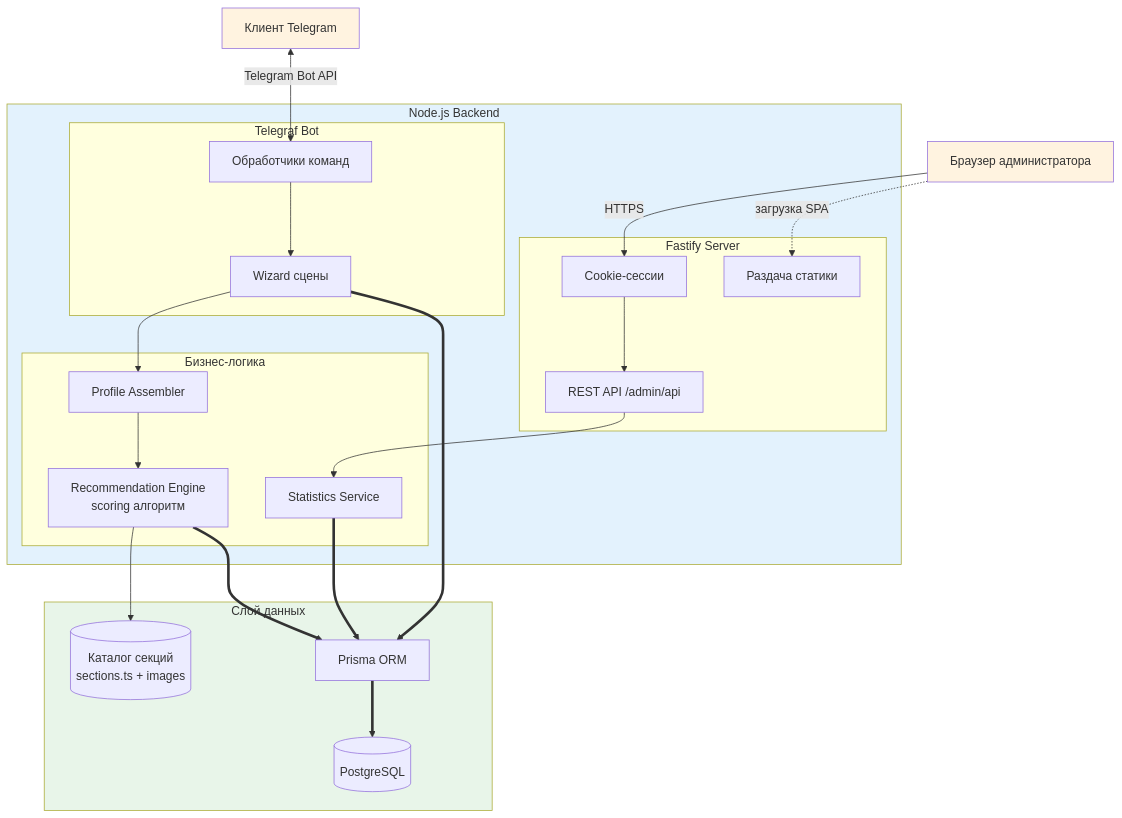
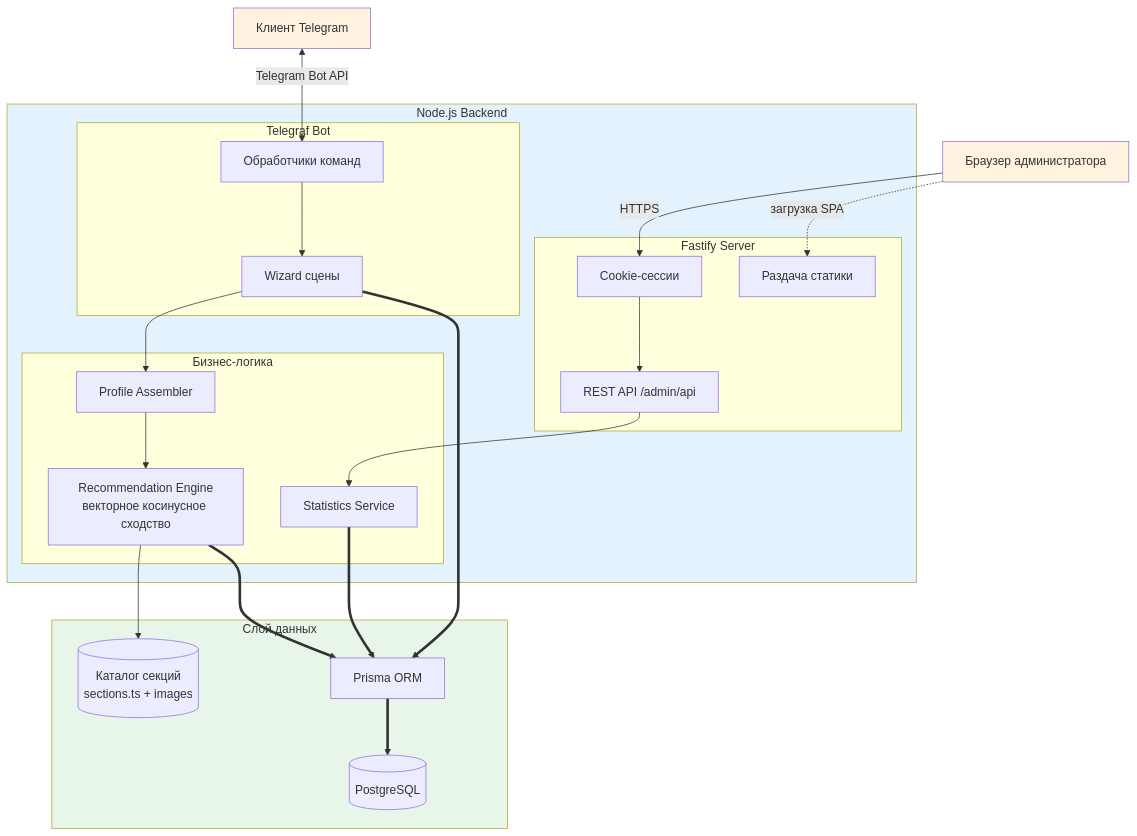
One commit to kotru21/bsuir changed the first of 4 diagrams in docs/ARCHITECTURE.md. Above: the diagram before and after it, drawn with Mermaid. The commit also changed other lines of this file and 4 other files, not shown here.

````diff
--- a/docs/ARCHITECTURE.md
+++ b/docs/ARCHITECTURE.md
@@ -18,51 +18,51 @@
 ```mermaid
 flowchart TB
    User["Клиент Telegram"]
    AdminBrowser["Браузер администратора"]
 
    subgraph Backend["Node.js Backend"]
       subgraph Telegraf["Telegraf Bot"]
          BotHandlers["Обработчики команд"]
          BotScenes["Wizard сцены"]
       end
 
       subgraph FastifyApp["Fastify Server"]
          AdminAPI["REST API /admin/api"]
          StaticFiles["Раздача статики"]
          Sessions["Cookie-сессии"]
       end
 
       subgraph BusinessLogic["Бизнес-логика"]
-         RecEngine["Recommendation Engine<br/>scoring алгоритм"]
+         RecEngine["Recommendation Engine<br/>векторное косинусное сходство"]
          ProfileAssembler["Profile Assembler"]
          StatService["Statistics Service"]
       end
    end
 
    subgraph Data["Слой данных"]
       Prisma["Prisma ORM"]
       DB[(PostgreSQL)]
       Catalog[("Каталог секций<br/>sections.ts + images")]
    end
 
    User <-->|Telegram Bot API| BotHandlers
    BotHandlers --> BotScenes
    BotScenes --> ProfileAssembler
    ProfileAssembler --> RecEngine
 
    AdminBrowser -->|HTTPS| Sessions
    Sessions --> AdminAPI
    AdminBrowser -.->|загрузка SPA| StaticFiles
 
    AdminAPI --> StatService
    RecEngine --> Catalog
    RecEngine ==> Prisma
    BotScenes ==> Prisma
    StatService ==> Prisma
    Prisma ==> DB
 
    style Backend fill:#e3f2fd
    style Data fill:#e8f5e9
    style User fill:#fff3e0
    style AdminBrowser fill:#fff3e0
 ```
````
